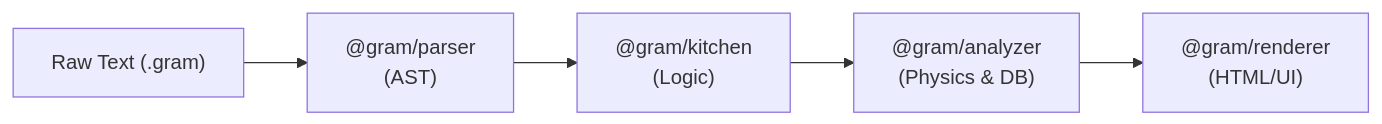
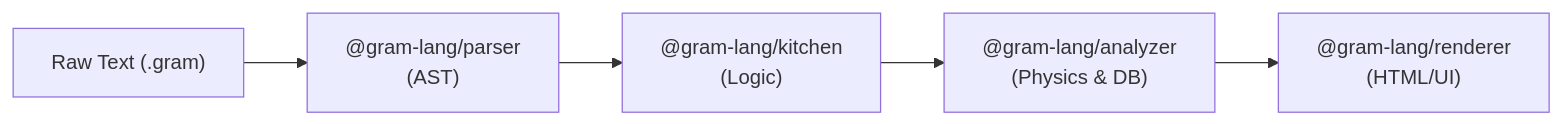
One commit to gram-lang/gram changed the diagram in packages/docs/src/explanation/engine/lifecycle.md. Above: the diagram before and after it, drawn with Mermaid. The commit also changed other lines of this file and 147 other files, not shown here.

Commit message:
chore: rename npm organization from @gram to @gram-lang

````diff
--- a/packages/docs/src/explanation/engine/lifecycle.md
+++ b/packages/docs/src/explanation/engine/lifecycle.md
@@ -40,7 +40,7 @@
 ```mermaid
 graph LR
-  Raw["Raw Text (.gram)"] --> Parser["@gram/parser<br/>(AST)"]
-  Parser --> Kitchen["@gram/kitchen<br/>(Logic)"]
-  Kitchen --> Analyzer["@gram/analyzer<br/>(Physics & DB)"]
-  Analyzer --> Renderer["@gram/renderer<br/>(HTML/UI)"]
+  Raw["Raw Text (.gram)"] --> Parser["@gram-lang/parser<br/>(AST)"]
+  Parser --> Kitchen["@gram-lang/kitchen<br/>(Logic)"]
+  Kitchen --> Analyzer["@gram-lang/analyzer<br/>(Physics & DB)"]
+  Analyzer --> Renderer["@gram-lang/renderer<br/>(HTML/UI)"]
 ```
````
